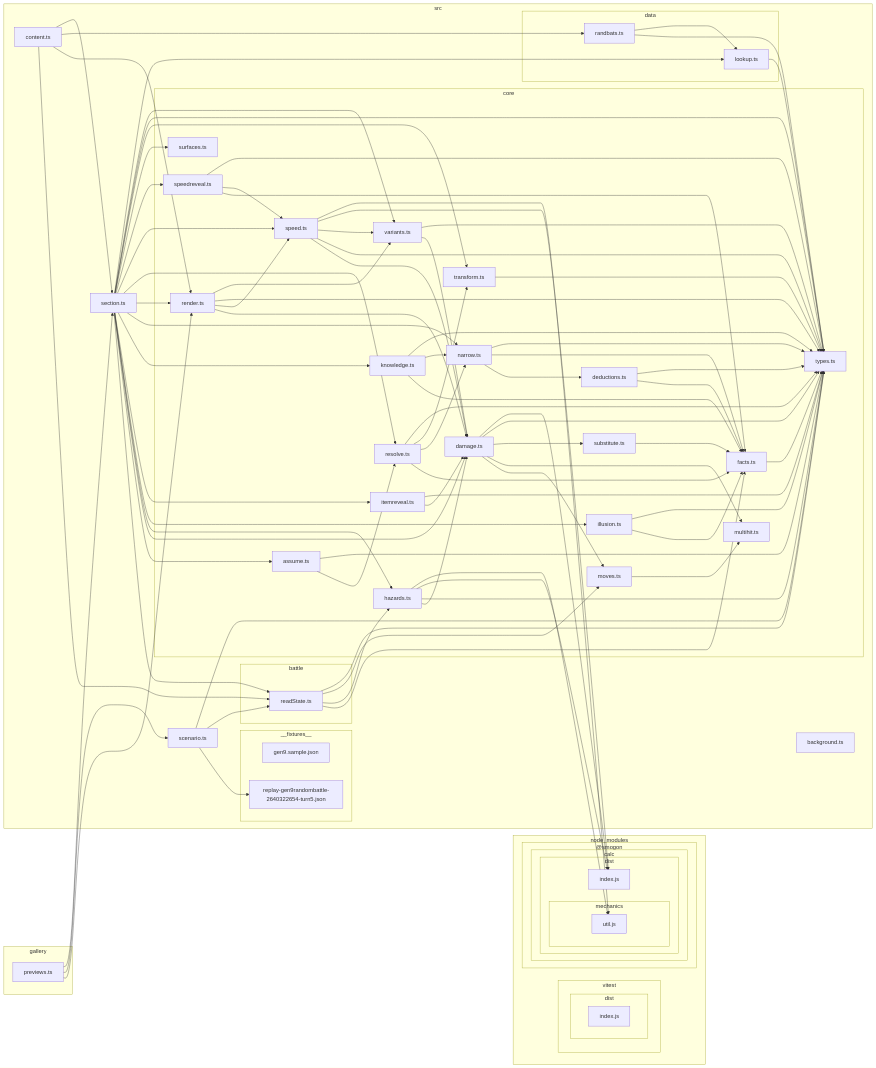
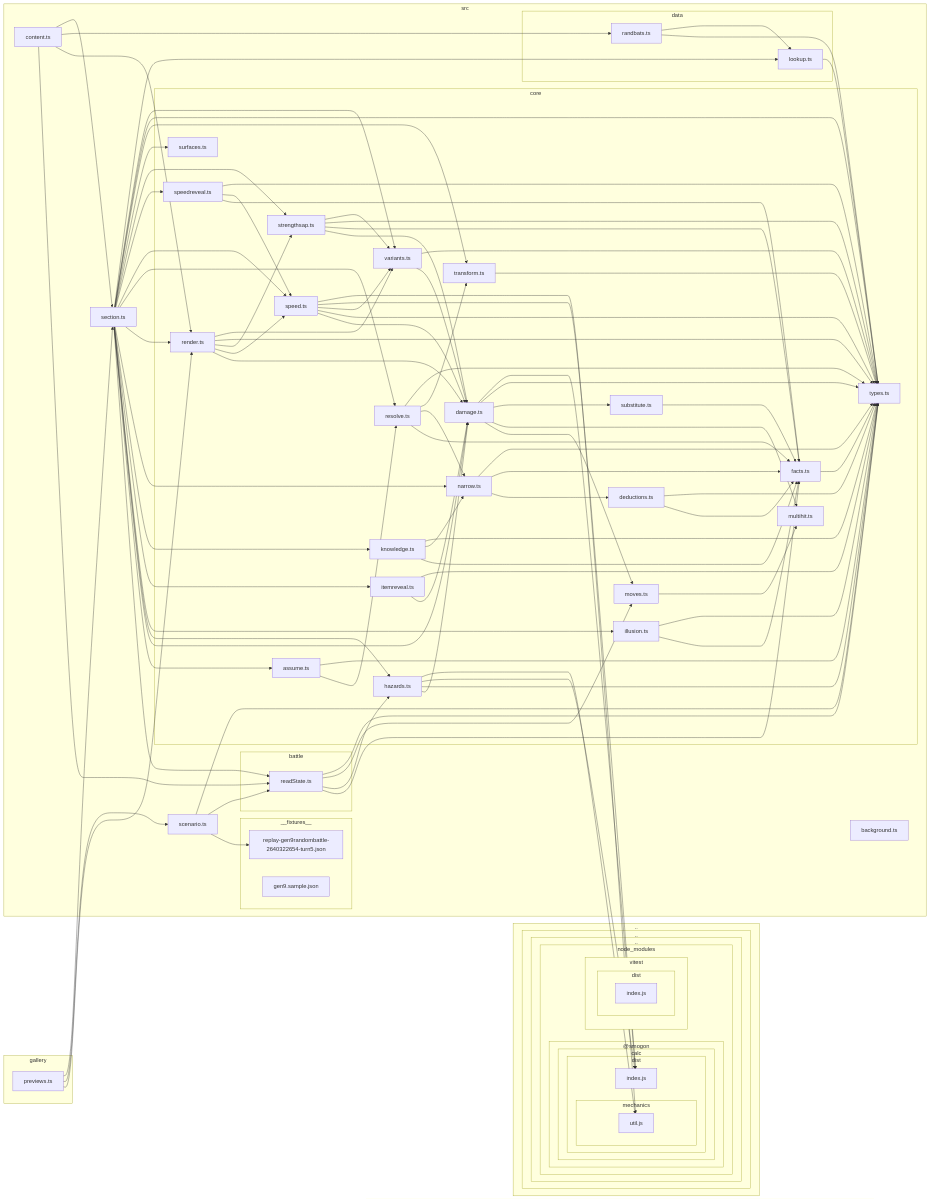
The diagram in docs/architecture-graph.md (seanaujong/hi-chu), drawn with Mermaid before and after one commit. The commit also changed other lines of this file and 9 other files, not shown here.

First line of the commit message:
Read Strength Sap: the siphon the calc computes as nothing

````diff
--- a/docs/architecture-graph.md
+++ b/docs/architecture-graph.md
@@ -23,135 +23,148 @@
 subgraph 3["core"]
 4["render.ts"]
 5["damage.ts"]
-B["moves.ts"]
-C["multihit.ts"]
-D["substitute.ts"]
-E["facts.ts"]
-F["types.ts"]
-G["speed.ts"]
-J["variants.ts"]
-P["hazards.ts"]
-R["assume.ts"]
-S["resolve.ts"]
-T["narrow.ts"]
-U["deductions.ts"]
-V["transform.ts"]
-W["illusion.ts"]
-X["itemreveal.ts"]
-Y["knowledge.ts"]
-Z["speedreveal.ts"]
-10["surfaces.ts"]
+E["moves.ts"]
+F["multihit.ts"]
+G["substitute.ts"]
+H["facts.ts"]
+I["types.ts"]
+J["speed.ts"]
+M["variants.ts"]
+N["strengthsap.ts"]
+T["hazards.ts"]
+V["assume.ts"]
+W["resolve.ts"]
+X["narrow.ts"]
+Y["deductions.ts"]
+Z["transform.ts"]
+10["illusion.ts"]
+11["itemreveal.ts"]
+12["knowledge.ts"]
+13["speedreveal.ts"]
+14["surfaces.ts"]
 end
-K["scenario.ts"]
-subgraph L["__fixtures__"]
-M["replay-gen9randombattle-2640322654-turn5.json"]
-19["gen9.sample.json"]
+O["scenario.ts"]
+subgraph P["__fixtures__"]
+Q["replay-gen9randombattle-2640322654-turn5.json"]
+1D["gen9.sample.json"]
 end
-subgraph N["battle"]
-O["readState.ts"]
+subgraph R["battle"]
+S["readState.ts"]
 end
-Q["section.ts"]
-subgraph 11["data"]
-12["lookup.ts"]
-18["randbats.ts"]
+U["section.ts"]
+subgraph 15["data"]
+16["lookup.ts"]
+1C["randbats.ts"]
 end
-13["background.ts"]
-17["content.ts"]
+17["background.ts"]
+1B["content.ts"]
 end
-subgraph 6["node_modules"]
-subgraph 7["@smogon"]
-subgraph 8["calc"]
-subgraph 9["dist"]
-A["index.js"]
-subgraph H["mechanics"]
-I["util.js"]
+subgraph 6[".."]
+subgraph 7[".."]
+subgraph 8[".."]
+subgraph 9["node_modules"]
+subgraph A["@smogon"]
+subgraph B["calc"]
+subgraph C["dist"]
+D["index.js"]
+subgraph K["mechanics"]
+L["util.js"]
 end
 end
 end
 end
-subgraph 14["vitest"]
-subgraph 15["dist"]
-16["index.js"]
+subgraph 18["vitest"]
+subgraph 19["dist"]
+1A["index.js"]
+end
+end
+end
 end
 end
 end
 1-->4
-1-->K
-1-->Q
+1-->O
+1-->U
 4-->5
-4-->G
-4-->F
 4-->J
-5-->B
-5-->C
+4-->N
+4-->I
+4-->M
+5-->E
+5-->F
+5-->G
+5-->I
 5-->D
-5-->F
-5-->A
-B-->C
-D-->E
 E-->F
-G-->5
-G-->F
-G-->J
-G-->A
-G-->I
+G-->H
+H-->I
 J-->5
-J-->F
-K-->M
-K-->O
-K-->F
-O-->E
-O-->P
-O-->B
-O-->F
-P-->5
-P-->F
-P-->A
-P-->I
-Q-->O
-Q-->R
-Q-->5
-Q-->P
-Q-->W
-Q-->X
-Q-->Y
-Q-->T
-Q-->4
-Q-->S
-Q-->G
-Q-->Z
-Q-->10
-Q-->V
-Q-->F
-Q-->J
-Q-->12
-R-->S
-R-->F
+J-->I
+J-->M
+J-->D
+J-->L
+M-->5
+M-->I
+N-->5
+N-->H
+N-->I
+N-->M
+O-->Q
+O-->S
+O-->I
+S-->H
+S-->T
 S-->E
-S-->T
-S-->V
-S-->F
-T-->U
-T-->E
-T-->F
-U-->E
-U-->F
-V-->F
-W-->E
-W-->F
-X-->5
-X-->F
-Y-->E
-Y-->T
-Y-->F
-Z-->E
-Z-->G
-Z-->F
-12-->F
-17-->O
-17-->4
-17-->18
-17-->Q
-18-->F
-18-->12
+S-->I
+T-->5
+T-->I
+T-->D
+T-->L
+U-->S
+U-->V
+U-->5
+U-->T
+U-->10
+U-->11
+U-->12
+U-->X
+U-->4
+U-->W
+U-->J
+U-->13
+U-->N
+U-->14
+U-->Z
+U-->I
+U-->M
+U-->16
+V-->W
+V-->I
+W-->H
+W-->X
+W-->Z
+W-->I
+X-->Y
+X-->H
+X-->I
+Y-->H
+Y-->I
+Z-->I
+10-->H
+10-->I
+11-->5
+11-->I
+12-->H
+12-->X
+12-->I
+13-->H
+13-->J
+13-->I
+16-->I
+1B-->S
+1B-->4
+1B-->1C
+1B-->U
+1C-->I
+1C-->16
 ```
````
